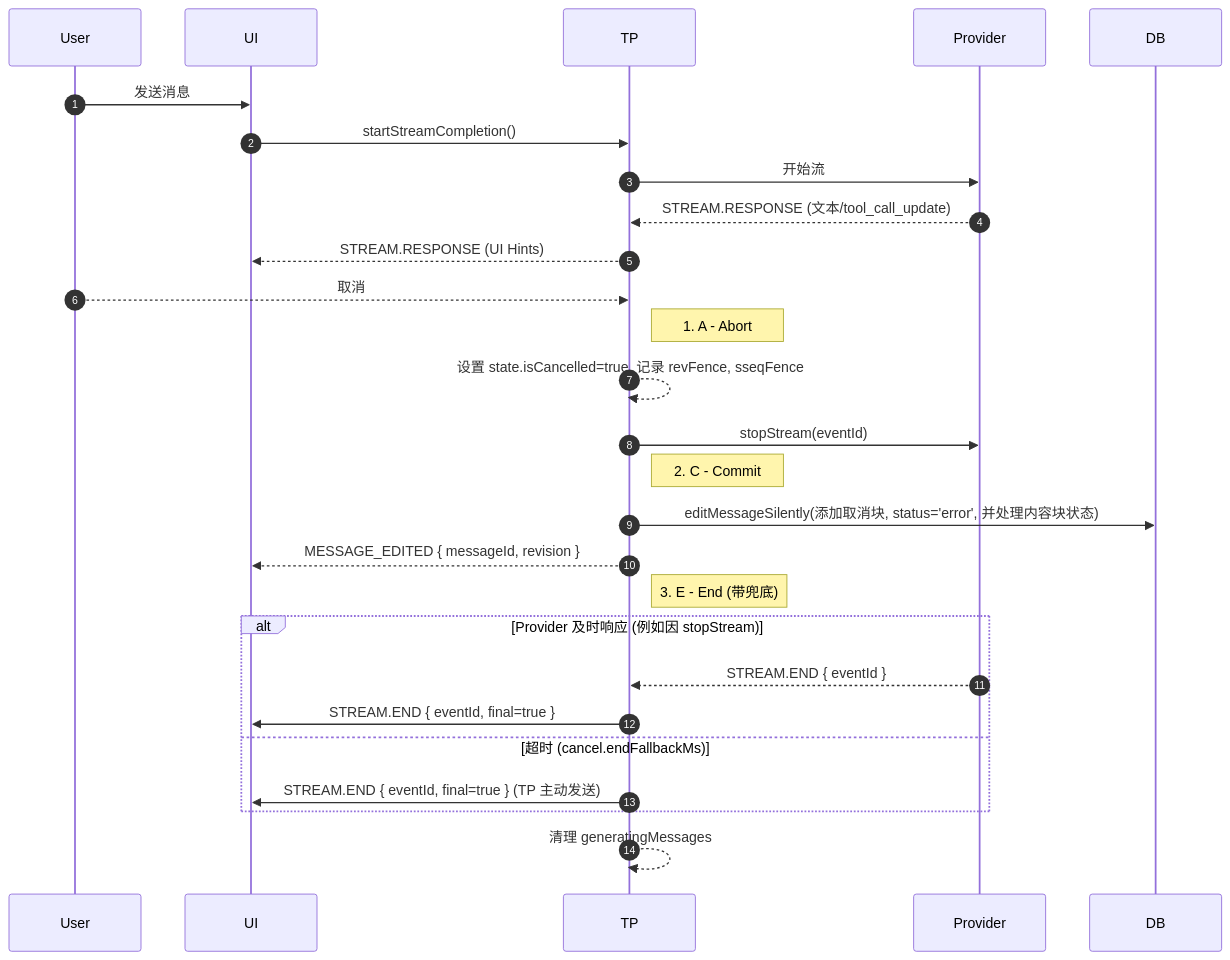
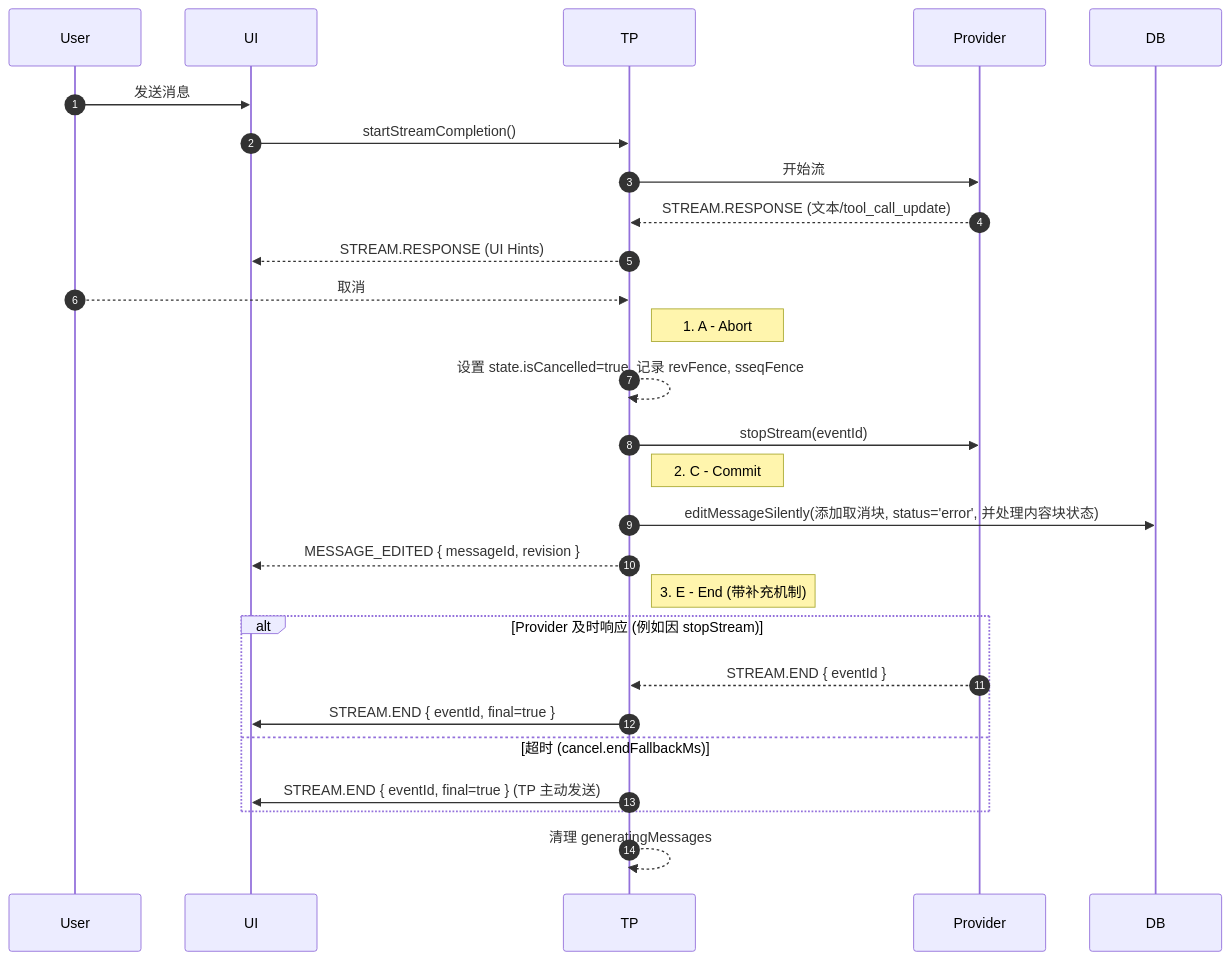
Before and after one commit to neoragex2002/deepchat: the second of 7 diagrams in docs_agent/workflows/cancellation.md, drawn with Mermaid. The commit also changed other lines of this file and 7 other files, not shown here.

````diff
--- a/docs_agent/workflows/cancellation.md
+++ b/docs_agent/workflows/cancellation.md
@@ -152,33 +159,33 @@
     ```mermaid
     sequenceDiagram
       autonumber
       participant User
       participant UI
       participant TP
       participant Provider
       participant DB
 
       User->>UI: 发送消息
       UI->>TP: startStreamCompletion()
       TP->>Provider: 开始流
       Provider-->>TP: STREAM.RESPONSE (文本/tool_call_update)
       TP-->>UI: STREAM.RESPONSE (UI Hints)
       
       User-->>TP: 取消
       note right of TP: 1. A - Abort
       TP-->>TP: 设置 state.isCancelled=true, 记录 revFence, sseqFence
       TP->>Provider: stopStream(eventId)
       
       note right of TP: 2. C - Commit
       TP->>DB: editMessageSilently(添加取消块, status='error', 并处理内容块状态)
       TP-->>UI: MESSAGE_EDITED { messageId, revision }
       
-      note right of TP: 3. E - End (带兜底)
+      note right of TP: 3. E - End (带补充机制)
       alt Provider 及时响应 (例如因 stopStream)
           Provider-->>TP: STREAM.END { eventId }
           TP->>UI: STREAM.END { eventId, final=true }
       else 超时 (cancel.endFallbackMs)
           TP->>UI: STREAM.END { eventId, final=true } (TP 主动发送)
       end
       TP-->>TP: 清理 generatingMessages
     ```
````
